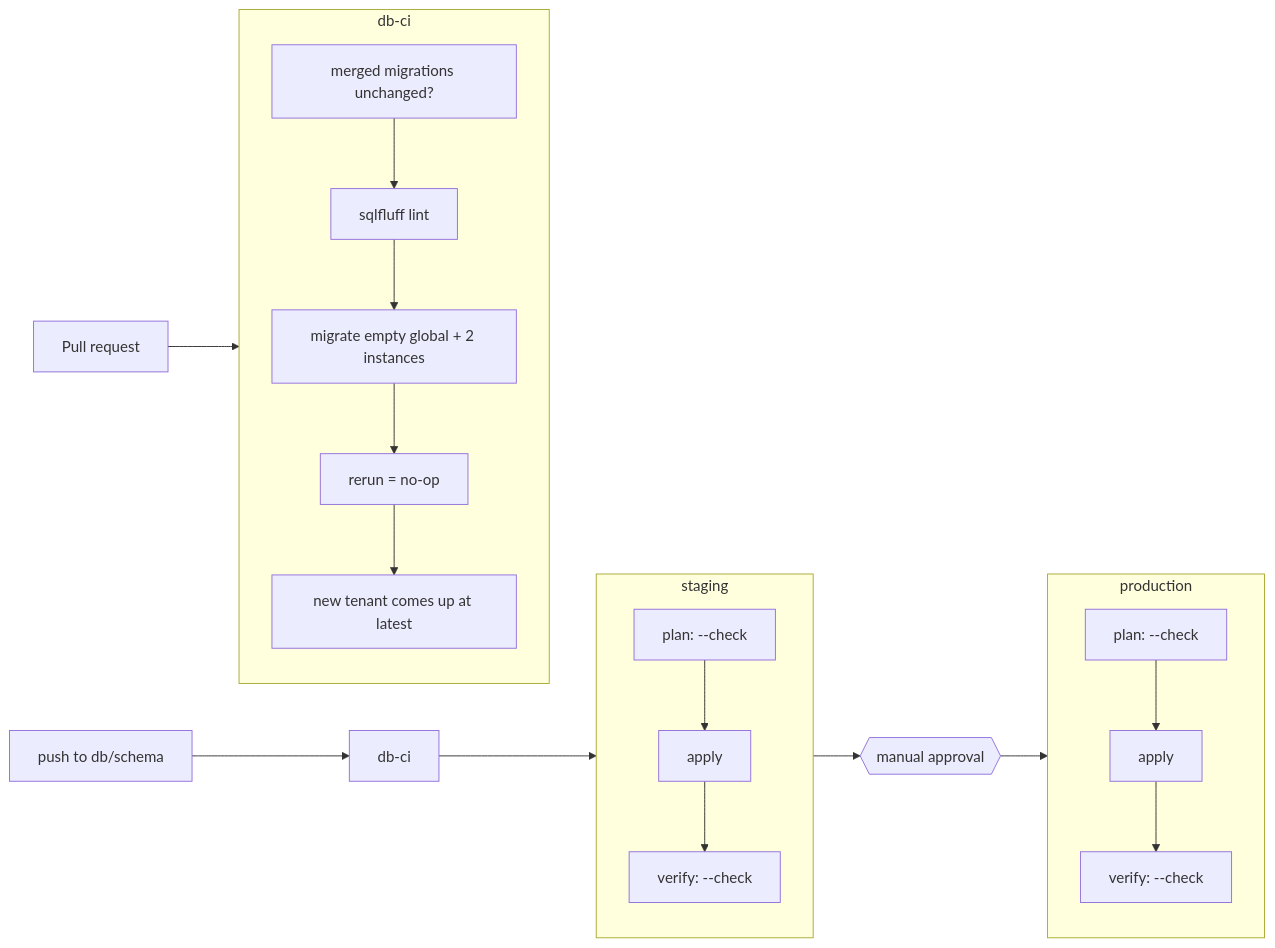
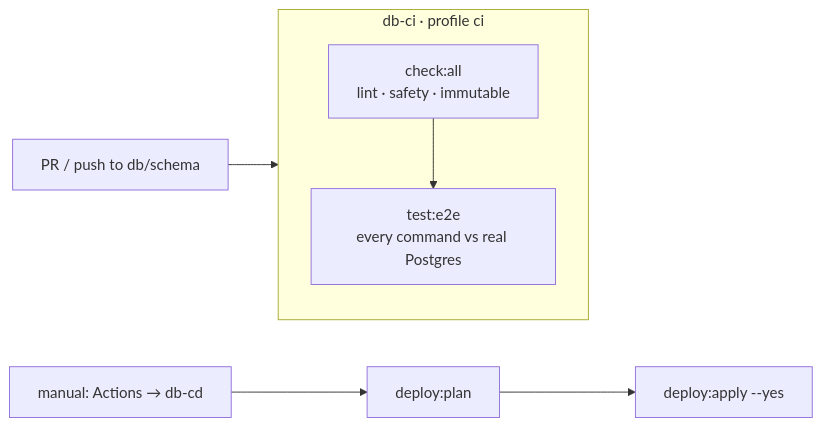
Before and after one commit to mumei-sp/sanketa: the fifth of 5 diagrams in README.md, drawn with Mermaid. The commit also changed other lines of this file and 90 other files, not shown here.

````diff
--- a/README.md
+++ b/README.md
@@ -233,18 +290,9 @@
 ```mermaid
 flowchart LR
-    PR[Pull request] --> CI
-    subgraph CI[db-ci]
+    PR[PR / push to db/schema] --> C1
+    subgraph CI[db-ci · profile ci]
         direction TB
-        c1[merged migrations unchanged?] --> c2[sqlfluff lint]
-        c2 --> c3[migrate empty global + 2 instances]
-        c3 --> c4[rerun = no-op] --> c5[new tenant comes up at latest]
+        C1[check:all<br/>lint · safety · immutable] --> C2[test:e2e<br/>every command vs real Postgres]
     end
-    PUSH[push to db/schema] --> CI2[db-ci] --> STG
-    subgraph STG[staging]
-        s1[plan: --check] --> s2[apply] --> s3[verify: --check]
-    end
-    STG --> APPROVE{{manual approval}} --> PRD
-    subgraph PRD[production]
-        p1[plan: --check] --> p2[apply] --> p3[verify: --check]
-    end
+    MANUAL[manual: Actions → db-cd] --> P[deploy:plan] --> A[deploy:apply --yes]
 ```
````
